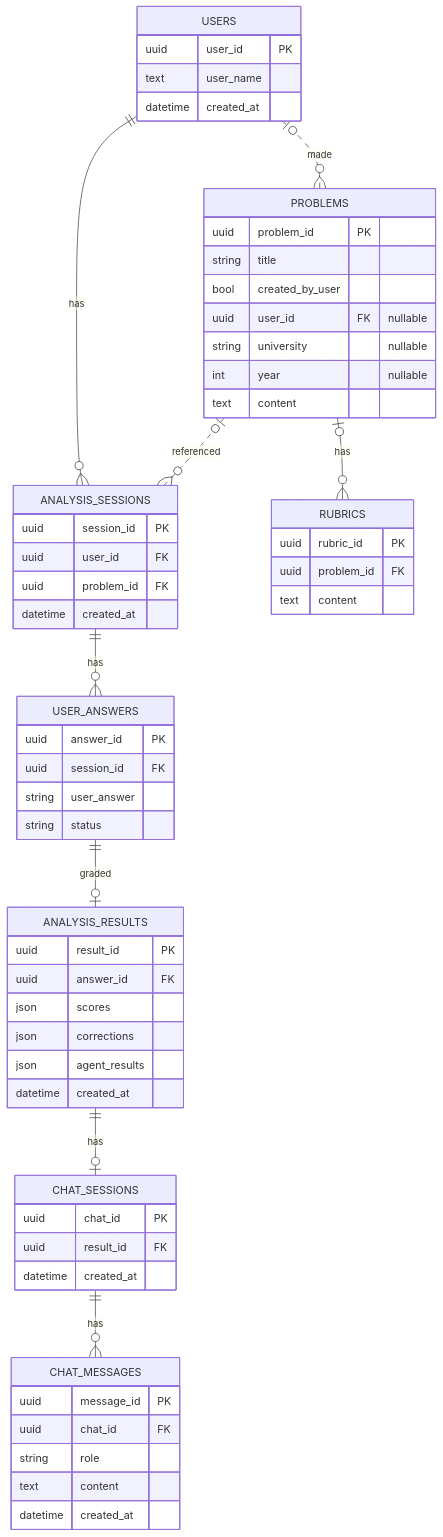
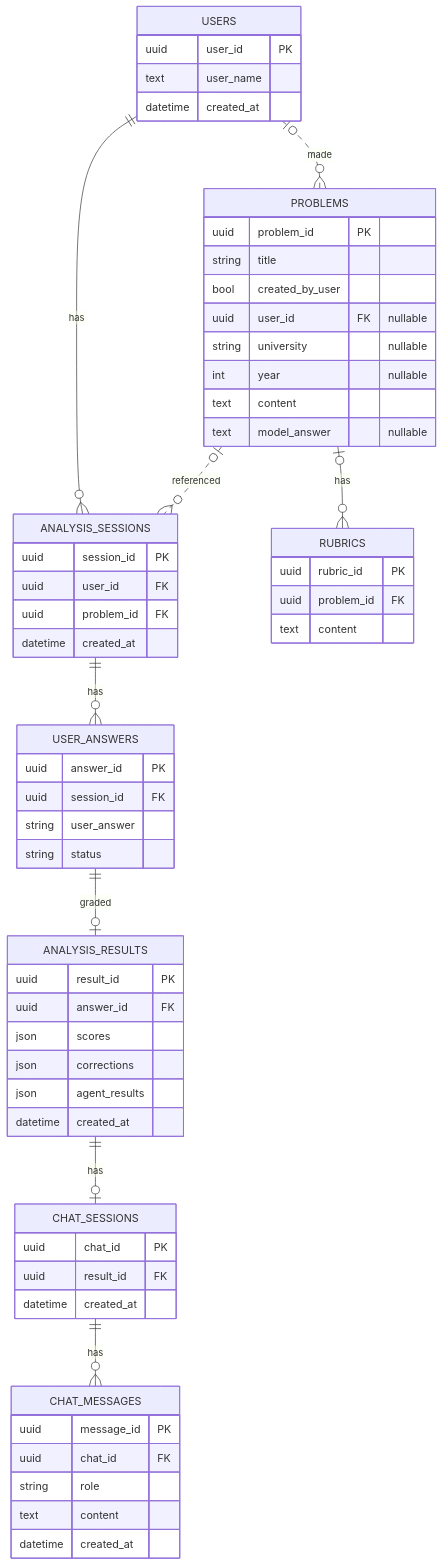
The diagram in 설계문서/ERD.md (bookyoulove/paragraphy), drawn with Mermaid before and after one commit. The commit also changed 3 other files, not shown here.

````diff
--- a/설계문서/ERD.md
+++ b/설계문서/ERD.md
@@ -1,70 +1,71 @@
 ```mermaid
 erDiagram
     USERS ||--o{ ANALYSIS_SESSIONS : has
     USERS |o..o{ PROBLEMS : made
     PROBLEMS |o--o{ RUBRICS : has
     ANALYSIS_SESSIONS ||--o{ USER_ANSWERS : has
     USER_ANSWERS ||--o| ANALYSIS_RESULTS : graded
     PROBLEMS |o..o{ ANALYSIS_SESSIONS : referenced
     ANALYSIS_RESULTS ||--o| CHAT_SESSIONS : has
     CHAT_SESSIONS ||--o{ CHAT_MESSAGES : has
 
     USERS {
         uuid user_id PK
         text user_name
         datetime created_at
     }
 
     PROBLEMS {
         uuid problem_id PK
         string title
         bool created_by_user
         uuid user_id FK "nullable"
         string university "nullable"
         int year "nullable"
         text content
+        text model_answer "nullable"
     }
 
     RUBRICS {
         uuid rubric_id PK
         uuid problem_id FK
         text content
     }
 
     ANALYSIS_SESSIONS {
         uuid session_id PK
         uuid user_id FK
         uuid problem_id FK
         datetime created_at
     }
 
     USER_ANSWERS {
         uuid answer_id PK
         uuid session_id FK
         string user_answer
         string status
     }
 
     ANALYSIS_RESULTS {
         uuid result_id PK
         uuid answer_id FK
         json scores
         json corrections
         json agent_results
         datetime created_at
     }
 
     CHAT_SESSIONS {
         uuid chat_id PK
         uuid result_id FK
         datetime created_at
     }
 
     CHAT_MESSAGES {
         uuid message_id PK
         uuid chat_id FK
         string role
         text content
         datetime created_at
     }
 ```
````
